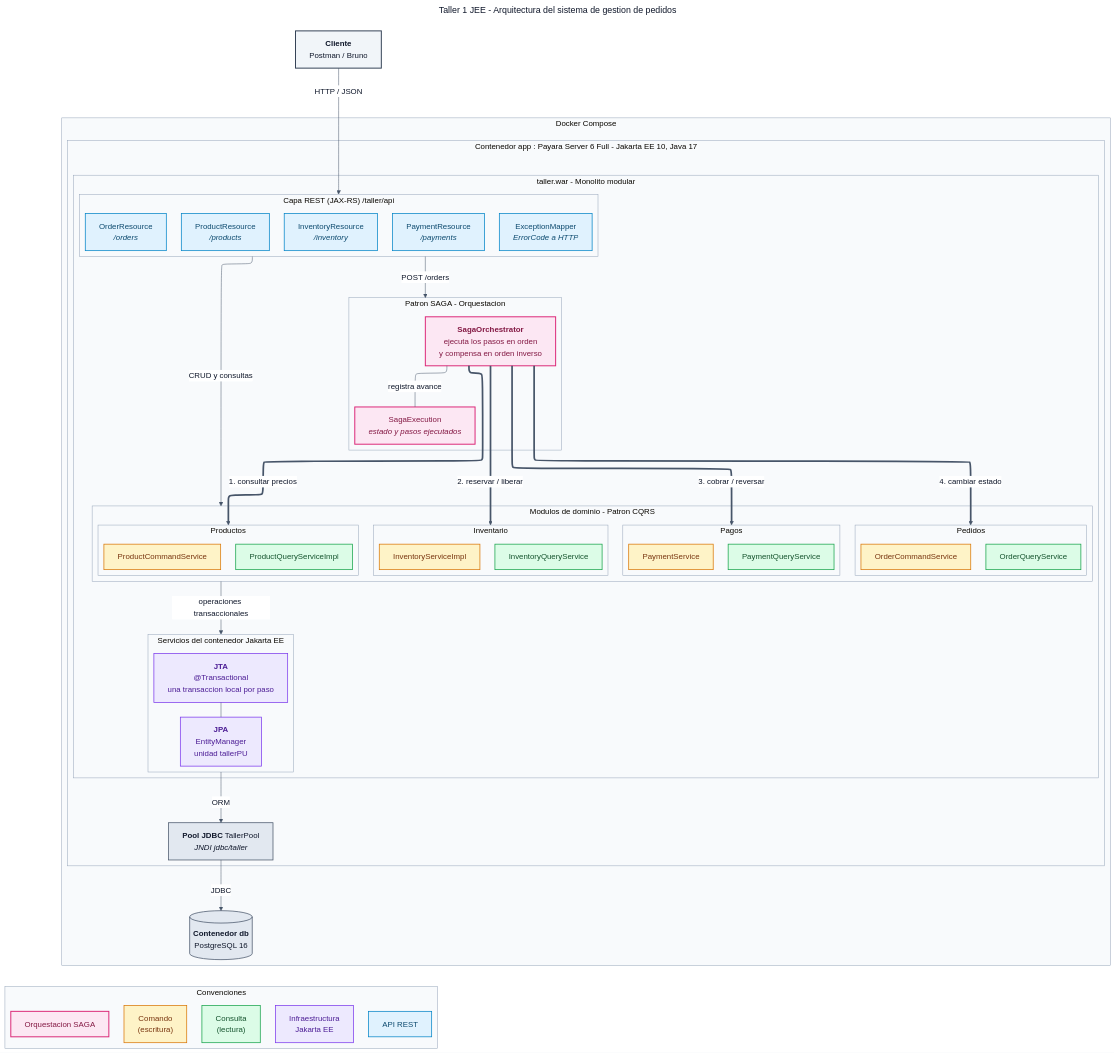
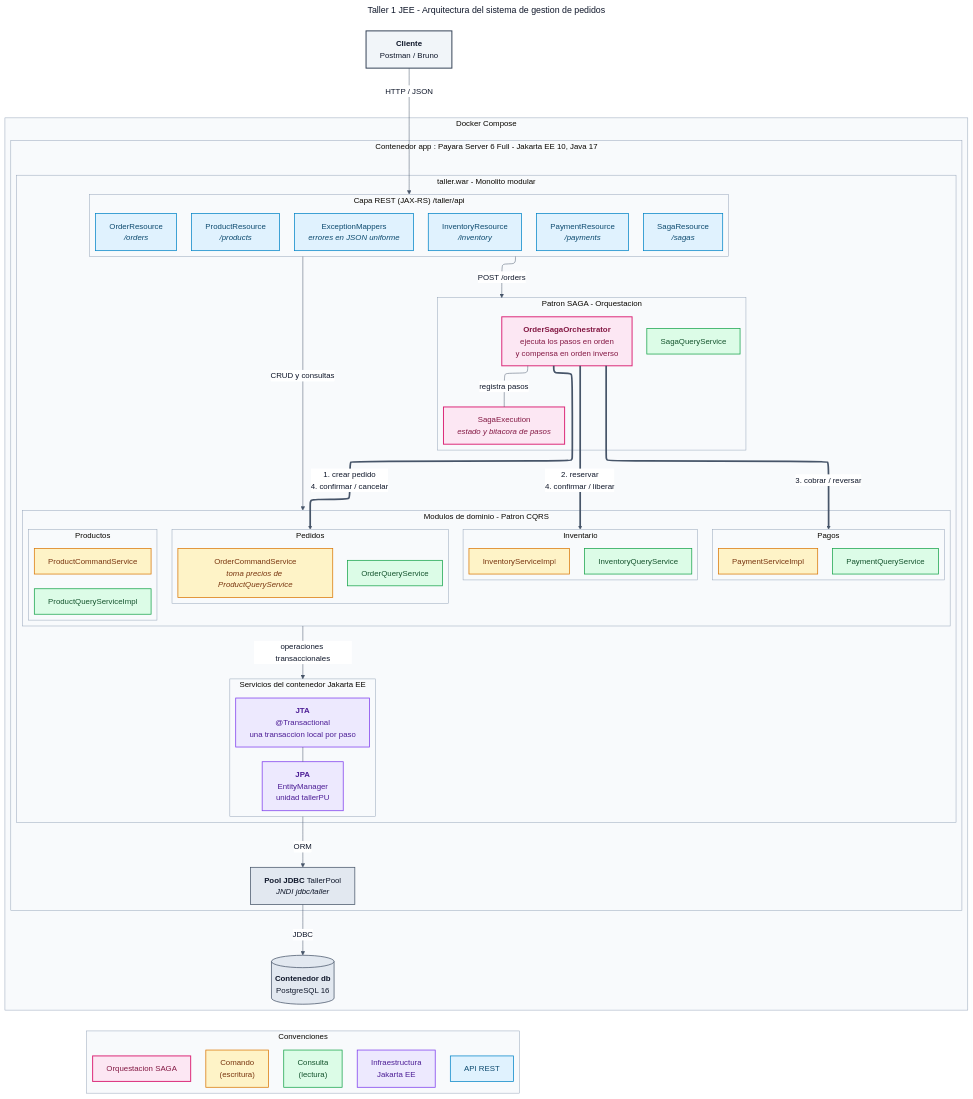
One commit to andreMD287/JEE changed the diagram in docs/arquitectura/arquitectura.mmd. Above: the diagram before and after it, drawn with Mermaid. The commit also changed 37 other files, not shown here.

```diff
--- a/docs/arquitectura/arquitectura.mmd
+++ b/docs/arquitectura/arquitectura.mmd
@@ -1,110 +1,111 @@
 ---
 title: Taller 1 JEE - Arquitectura del sistema de gestion de pedidos
 config:
   layout: elk
   elk:
     mergeEdges: false
     nodePlacementStrategy: NETWORK_SIMPLEX
 ---
 %%{init: {"theme": "base", "themeVariables": {"fontFamily": "arial", "fontSize": "16px", "lineColor": "#475569", "primaryTextColor": "#0f172a", "clusterBkg": "#f8fafc", "clusterBorder": "#94a3b8", "edgeLabelBackground": "#ffffff"}, "flowchart": {"curve": "basis", "nodeSpacing": 30, "rankSpacing": 50, "padding": 14, "wrappingWidth": 260}}}%%
 flowchart TB
     CLI["<b>Cliente</b><br/>Postman / Bruno"]
 
     subgraph HOST["Docker Compose"]
         direction TB
         subgraph APP["Contenedor app : Payara Server 6 Full  -  Jakarta EE 10, Java 17"]
             direction TB
             subgraph WAR["taller.war  -  Monolito modular"]
                 direction TB
 
                 subgraph API["Capa REST  (JAX-RS)  /taller/api"]
                     direction LR
                     R1["ProductResource<br/><i>/products</i>"]
                     R2["InventoryResource<br/><i>/inventory</i>"]
                     R3["OrderResource<br/><i>/orders</i>"]
                     R4["PaymentResource<br/><i>/payments</i>"]
-                    EX["ExceptionMapper<br/><i>ErrorCode a HTTP</i>"]
+                    R5["SagaResource<br/><i>/sagas</i>"]
+                    EX["ExceptionMappers<br/><i>errores en JSON uniforme</i>"]
                 end
 
                 subgraph SAGA["Patron SAGA  -  Orquestacion"]
                     direction LR
-                    SO["<b>SagaOrchestrator</b><br/>ejecuta los pasos en orden<br/>y compensa en orden inverso"]
-                    SE["SagaExecution<br/><i>estado y pasos ejecutados</i>"]
+                    SO["<b>OrderSagaOrchestrator</b><br/>ejecuta los pasos en orden<br/>y compensa en orden inverso"]
+                    SE["SagaExecution<br/><i>estado y bitacora de pasos</i>"]
+                    SQ["SagaQueryService"]
                 end
 
                 subgraph DOM["Modulos de dominio  -  Patron CQRS"]
                     direction LR
                     subgraph MP["Productos"]
                         direction TB
                         PC["ProductCommandService"]
                         PQ["ProductQueryServiceImpl"]
                     end
+                    subgraph MO["Pedidos"]
+                        direction TB
+                        OC["OrderCommandService<br/><i>toma precios de ProductQueryService</i>"]
+                        OQ["OrderQueryService"]
+                    end
                     subgraph MI["Inventario"]
                         direction TB
                         IC["InventoryServiceImpl"]
                         IQ["InventoryQueryService"]
                     end
                     subgraph MG["Pagos"]
                         direction TB
-                        GC["PaymentService"]
+                        GC["PaymentServiceImpl"]
                         GQ["PaymentQueryService"]
-                    end
-                    subgraph MO["Pedidos"]
-                        direction TB
-                        OC["OrderCommandService"]
-                        OQ["OrderQueryService"]
                     end
                 end
 
                 subgraph INFRA["Servicios del contenedor Jakarta EE"]
                     direction LR
                     JTA["<b>JTA</b><br/>@Transactional<br/>una transaccion local por paso"]
                     JPA["<b>JPA</b><br/>EntityManager<br/>unidad tallerPU"]
                 end
             end
             DS["<b>Pool JDBC</b> TallerPool<br/><i>JNDI jdbc/taller</i>"]
         end
         DB[("<b>Contenedor db</b><br/>PostgreSQL 16")]
     end
 
     CLI -- "HTTP / JSON" --> API
     API -- "POST /orders" --> SAGA
     API -- "CRUD y consultas" --> DOM
 
-    SO == "2. reservar / liberar" ==> MI
+    SO == "2. reservar<br/>4. confirmar / liberar" ==> MI
     SO == "3. cobrar / reversar" ==> MG
-    SO == "1. consultar precios" ==> MP
-    SO == "4. cambiar estado" ==> MO
-    SO -- "registra avance" --- SE
+    SO == "1. crear pedido<br/>4. confirmar / cancelar" ==> MO
+    SO -- "registra pasos" --- SE
 
     DOM -- "operaciones transaccionales" --> INFRA
     JTA --- JPA
     INFRA -- "ORM" --> DS
     DS -- "JDBC" --> DB
 
     DB ~~~ LEY
 
     subgraph LEY["Convenciones"]
         direction LR
         K1["Comando<br/>(escritura)"]
         K2["Consulta<br/>(lectura)"]
         K3["Orquestacion SAGA"]
         K4["Infraestructura<br/>Jakarta EE"]
         K5["API REST"]
     end
 
     classDef client fill:#f1f5f9,stroke:#334155,stroke-width:2px,color:#0f172a
     classDef api fill:#e0f2fe,stroke:#0284c7,stroke-width:1.5px,color:#0c4a6e
     classDef cmd fill:#fef3c7,stroke:#d97706,stroke-width:1.5px,color:#78350f
     classDef qry fill:#dcfce7,stroke:#16a34a,stroke-width:1.5px,color:#14532d
     classDef saga fill:#fce7f3,stroke:#db2777,stroke-width:2px,color:#831843
     classDef infra fill:#ede9fe,stroke:#7c3aed,stroke-width:1.5px,color:#4c1d95
     classDef data fill:#e2e8f0,stroke:#475569,stroke-width:1.5px,color:#0f172a
 
     class CLI client
-    class R1,R2,R3,R4,EX,K5 api
+    class R1,R2,R3,R4,R5,EX,K5 api
     class PC,IC,OC,GC,K1 cmd
-    class PQ,IQ,OQ,GQ,K2 qry
+    class PQ,IQ,OQ,GQ,SQ,K2 qry
     class SO,SE,K3 saga
     class JTA,JPA,K4 infra
     class DS,DB data
```
